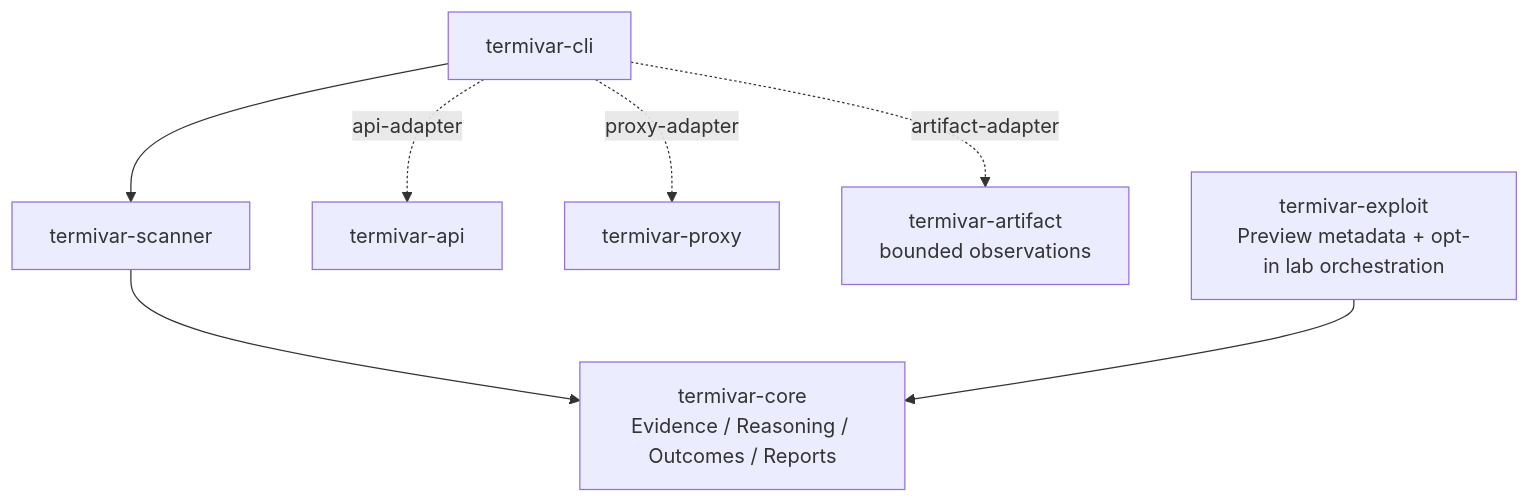
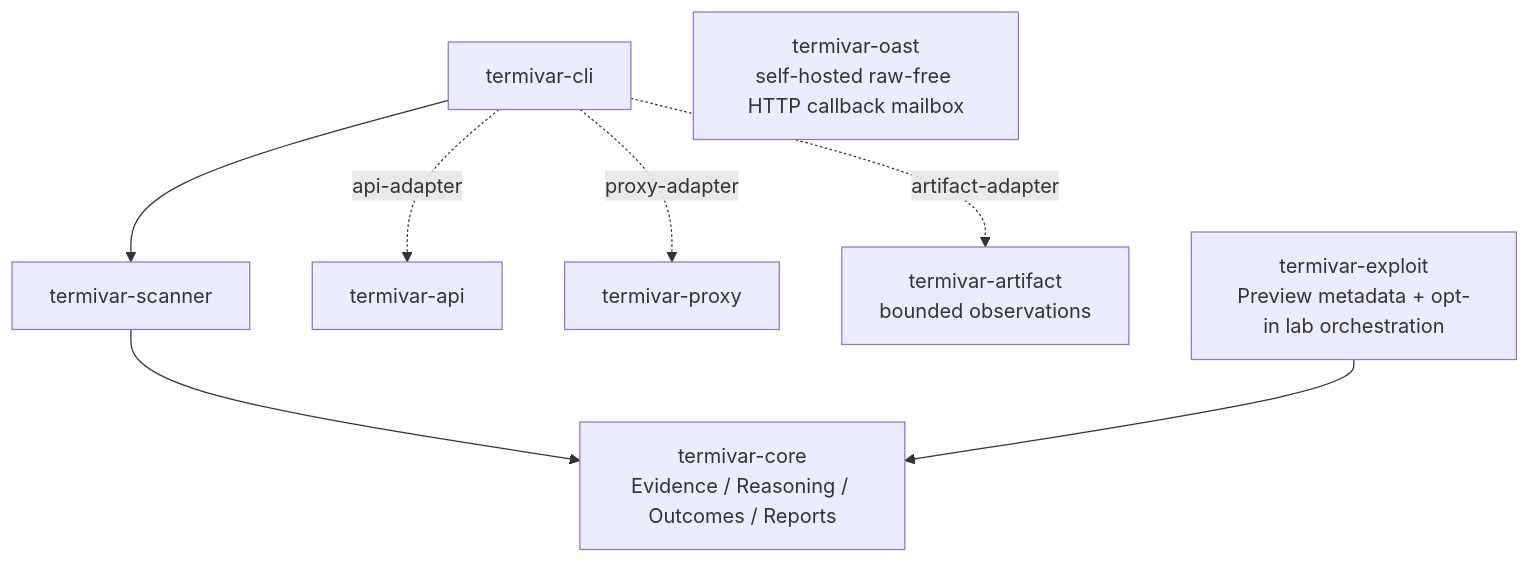
One commit to ITherso/termivar changed the first of 4 diagrams in docs/architecture.md. Above: the diagram before and after it, drawn with Mermaid. The commit also changed other lines of this file and 26 other files, not shown here.

````diff
--- a/docs/architecture.md
+++ b/docs/architecture.md
@@ -61,9 +62,10 @@
 ```mermaid
 flowchart TD
     CLI[termivar-cli] --> Scanner[termivar-scanner]
     CLI -. "api-adapter" .-> API[termivar-api]
     CLI -. "proxy-adapter" .-> Proxy[termivar-proxy]
     CLI -. "artifact-adapter" .-> Artifact["termivar-artifact<br/>bounded observations"]
     Scanner --> Core["termivar-core<br/>Evidence / Reasoning / Outcomes / Reports"]
     Exploit["termivar-exploit<br/>Preview metadata + opt-in lab orchestration"] --> Core
+    OAST["termivar-oast<br/>self-hosted raw-free HTTP callback mailbox"]
 ```
````
